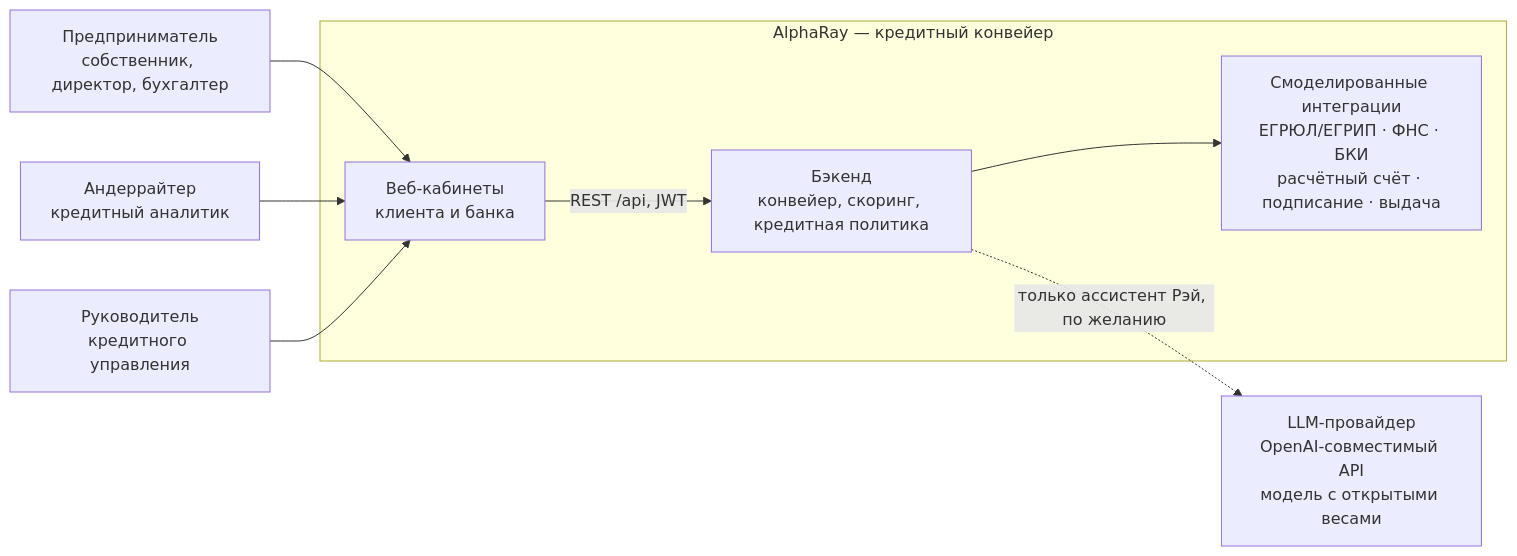
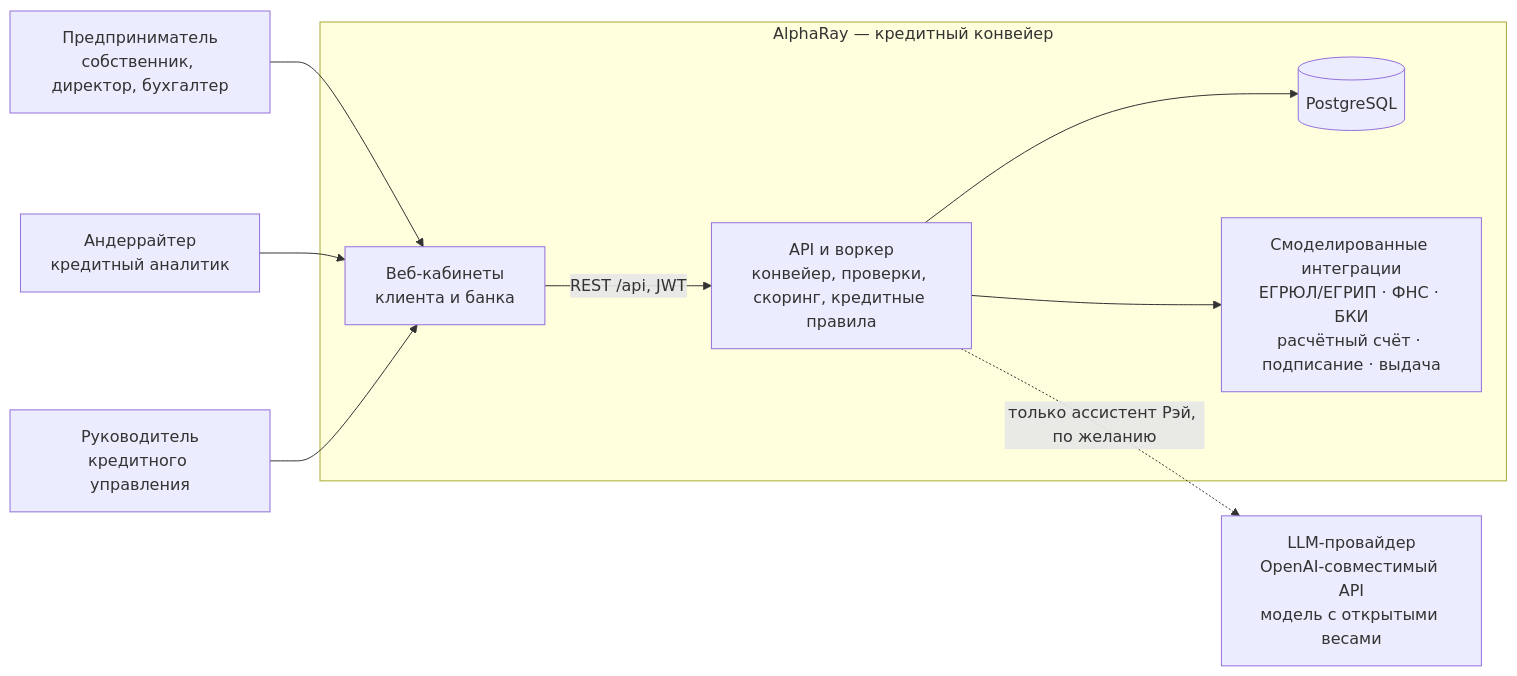
Before and after one commit to hugecatdev/alpharay: the first of 8 diagrams in docs/architecture.md, drawn with Mermaid. The commit also changed other lines of this file and 88 other files, not shown here.

````diff
--- a/docs/architecture.md
+++ b/docs/architecture.md
@@ -9,21 +9,23 @@
 ```mermaid
 flowchart LR
     client["Предприниматель<br/>собственник, директор, бухгалтер"]
     underwriter["Андеррайтер<br/>кредитный аналитик"]
     head["Руководитель<br/>кредитного управления"]
 
     subgraph alpharay["AlphaRay — кредитный конвейер"]
         web["Веб-кабинеты<br/>клиента и банка"]
-        api["Бэкенд<br/>конвейер, скоринг, кредитная политика"]
+        api["API и воркер<br/>конвейер, проверки, скоринг, кредитные правила"]
+        db[("PostgreSQL")]
         mocks["Смоделированные интеграции<br/>ЕГРЮЛ/ЕГРИП · ФНС · БКИ<br/>расчётный счёт · подписание · выдача"]
     end
 
     llm["LLM-провайдер<br/>OpenAI-совместимый API<br/>модель с открытыми весами"]
 
     client --> web
     underwriter --> web
     head --> web
     web -->|"REST /api, JWT"| api
+    api --> db
     api --> mocks
     api -.->|"только ассистент Рэй, по желанию"| llm
 ```
````
